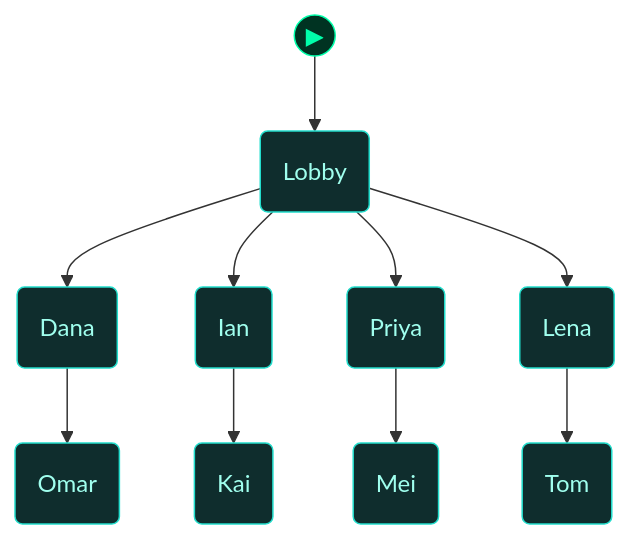
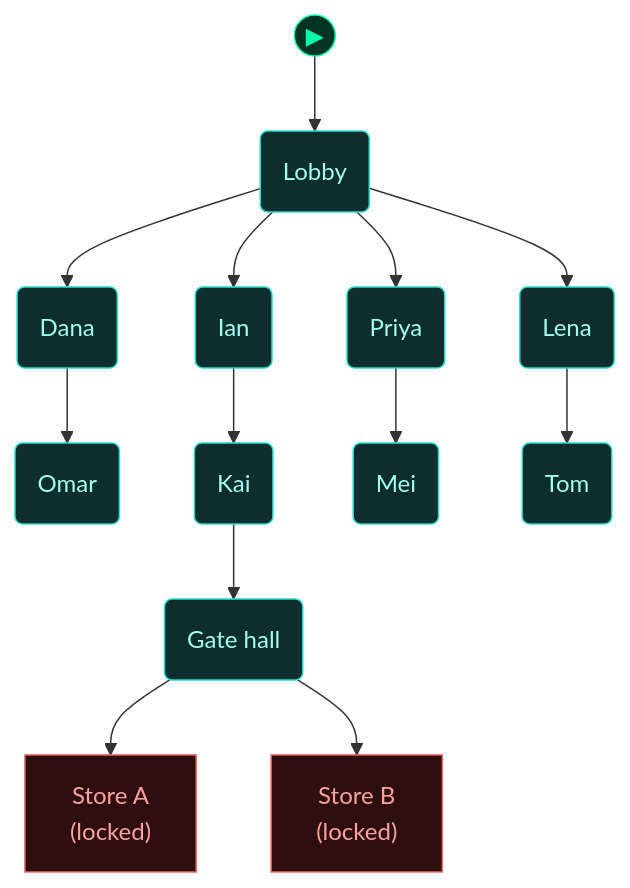
Before and after one commit to cliffe/BreakEscape: the fourth of 5 diagrams in scenarios/test_access_habits/dungeon_graph.md, drawn with Mermaid. The commit also changed other lines of this file and 3 other files, not shown here.

First line of the commit message:
WIP: test_access_habits beat H9 (gate hall, Gary and Sara)

````diff
--- a/scenarios/test_access_habits/dungeon_graph.md
+++ b/scenarios/test_access_habits/dungeon_graph.md
@@ -407,43 +435,50 @@
 ```mermaid
 flowchart TD
 
   classDef room      fill:#0f2d2d,stroke:#22ddcc,color:#a0ffee
   classDef lock      fill:#2d0f0f,stroke:#e66060,color:#ffa0a0
   classDef key       fill:#2d0812,stroke:#e66060,color:#ffa0a0
   classDef item      fill:#2d1200,stroke:#e89030,color:#ffcc80
   classDef gate      fill:#111,stroke:#666,color:#eee
   classDef vm        fill:#0c1f40,stroke:#4a90d9,color:#a0c8ff
   classDef flag      fill:#1a0c2d,stroke:#9060d0,color:#cc99ff
   classDef action    fill:#1a1200,stroke:#cc9922,color:#ffee88
   classDef aim       fill:#0d2a0d,stroke:#44cc44,color:#88ff88
   classDef aim_gate  fill:#111111,stroke:#44cc44,color:#44cc44
   classDef container fill:#1a2d1a,stroke:#60b060,color:#a0e0a0
   classDef npc       fill:#2d1f0d,stroke:#d0a050,color:#ffe0a0
   classDef critical  fill:#2a1500,stroke:#ffaa00,color:#ffdd88
   classDef start     fill:#003322,stroke:#00ffaa,color:#00ffaa
 
   node_start(("▶"))
   node_start --> lobby
 
   lobby("Lobby")
   dana_room("Dana")
   ian_room("Ian")
   omar_room("Omar")
   priya_room("Priya")
   kai_room("Kai")
   mei_room("Mei")
   lena_room("Lena")
   tom_room("Tom")
+  gate_hall("Gate hall")
+  store_a["Store A<br/>(locked)"]
+  store_b["Store B<br/>(locked)"]
 
   lobby --> dana_room
   lobby --> ian_room
   lobby --> priya_room
   lobby --> lena_room
   dana_room --> omar_room
   ian_room --> kai_room
   priya_room --> mei_room
+  kai_room --> gate_hall
   lena_room --> tom_room
+  gate_hall --> store_a
+  gate_hall --> store_b
 
-  class lobby,dana_room,ian_room,omar_room,priya_room,kai_room,mei_room,lena_room,tom_room room
+  class lobby,dana_room,ian_room,omar_room,priya_room,kai_room,mei_room,lena_room,tom_room,gate_hall room
+  class store_a,store_b lock
   class node_start start
 ```
````
